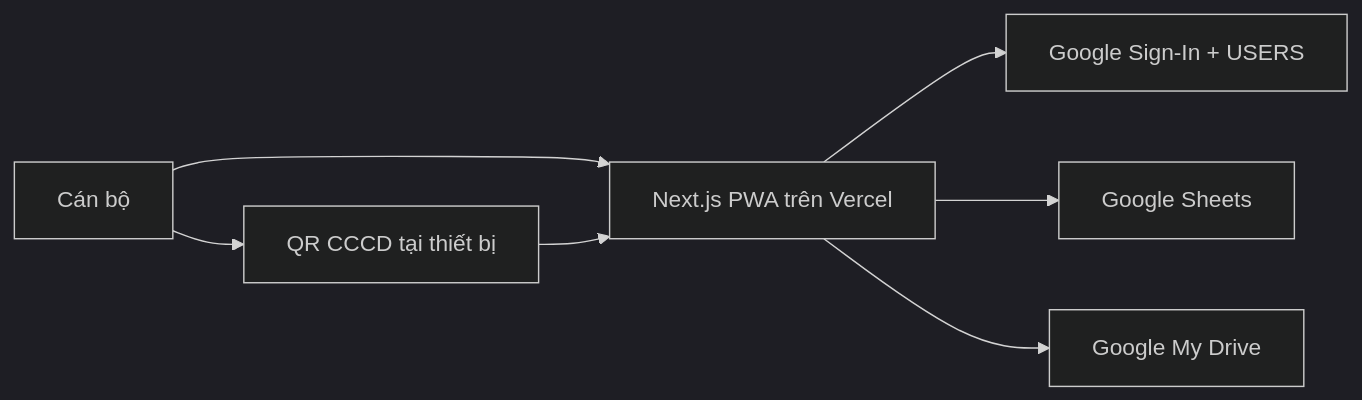
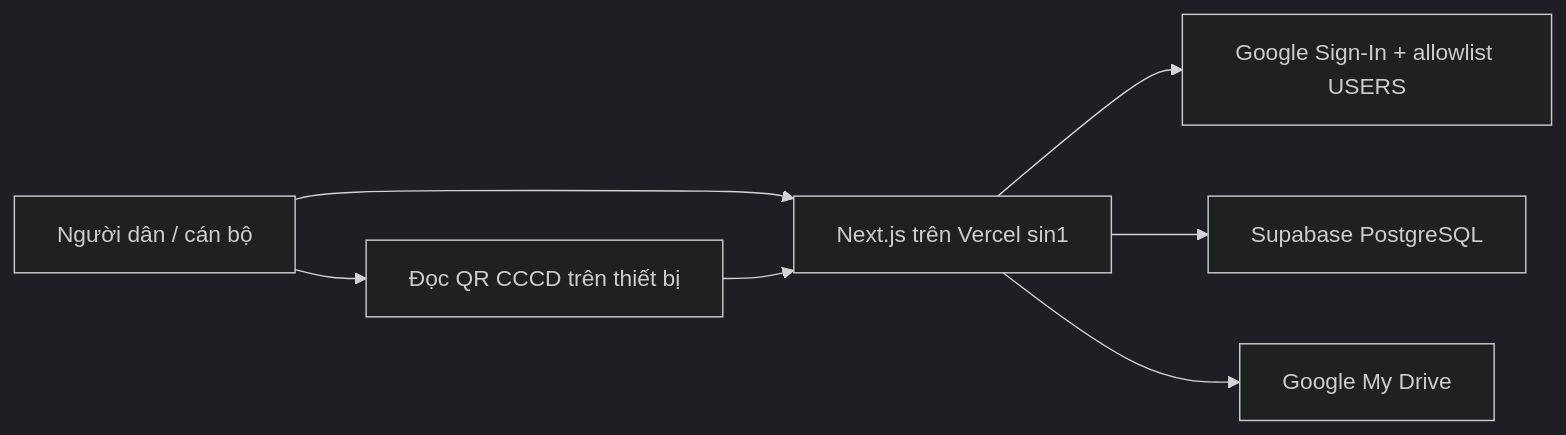
One commit to vi-phuong-158/capphongchau changed the diagram in README.md. Above: the diagram before and after it, drawn with Mermaid (dark theme). The commit also changed other lines of this file and 32 other files, not shown here.

````diff
--- a/README.md
+++ b/README.md
@@ -24,9 +7,9 @@
 ```mermaid
 flowchart LR
-    U[Cán bộ] --> W[Next.js PWA trên Vercel]
-    W --> A[Google Sign-In + USERS]
-    W --> S[Google Sheets]
+    U[Người dân / cán bộ] --> W[Next.js trên Vercel sin1]
+    W --> A[Google Sign-In + allowlist USERS]
+    W --> P[Supabase PostgreSQL]
     W --> D[Google My Drive]
-    U --> Q[QR CCCD tại thiết bị]
+    U --> Q[Đọc QR CCCD trên thiết bị]
     Q --> W
 ```
````
